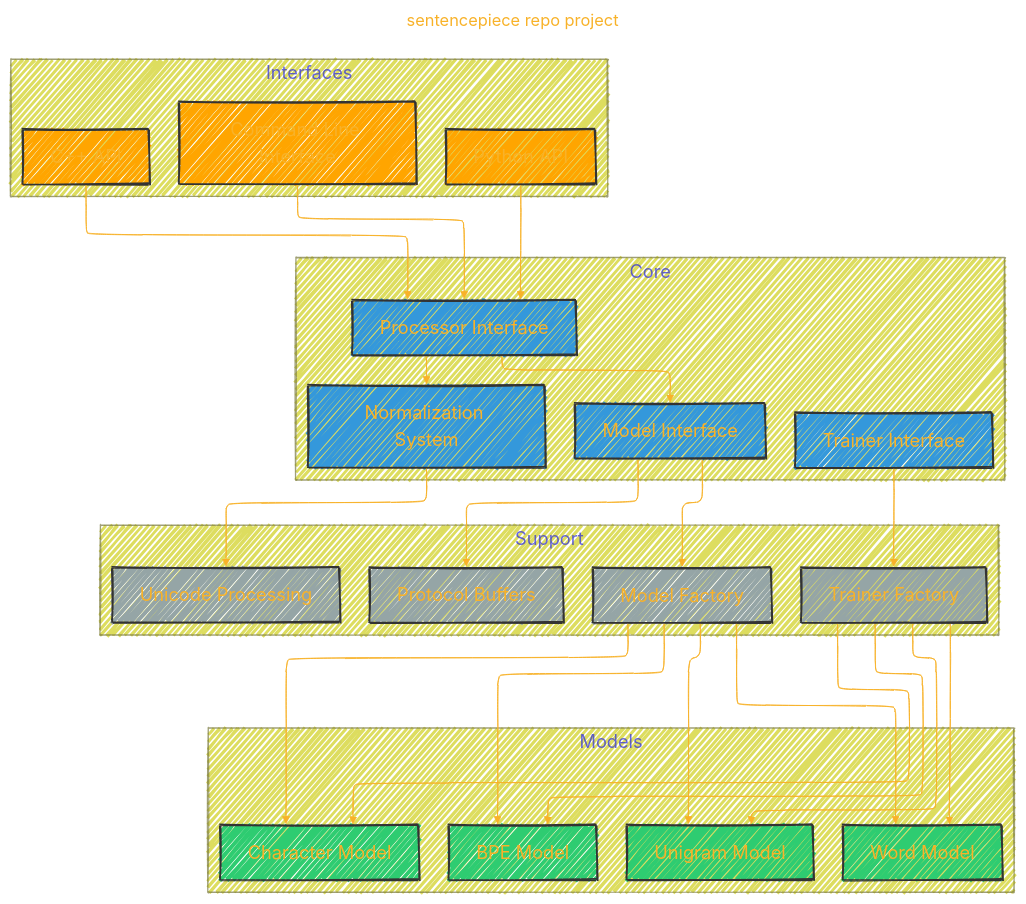
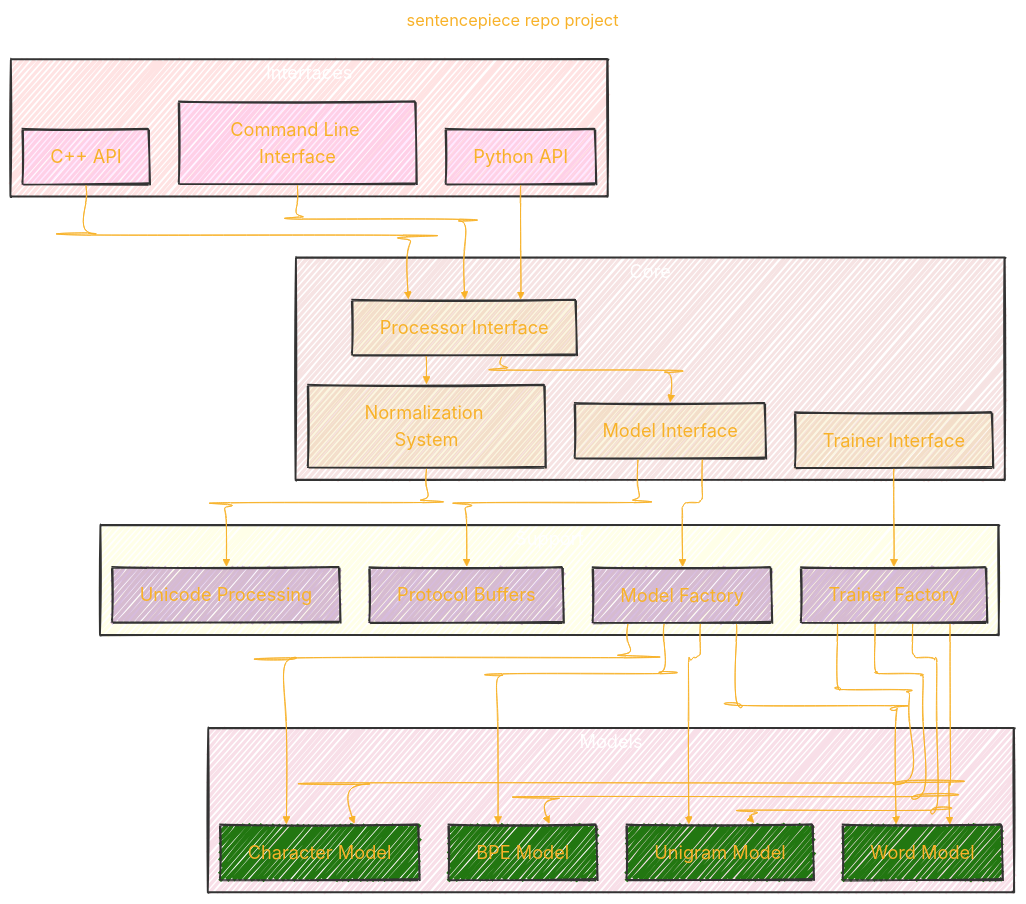
Before and after one commit to CongLeSolutionX/ArchExplorer: the first of 2 diagrams in GOOGLE/sentencepiece.md, drawn with Mermaid.

Commit message:
update notes

```diff
--- a/GOOGLE/sentencepiece.md
+++ b/GOOGLE/sentencepiece.md
@@ -59,7 +59,7 @@
 %% basis, bumpX, bumpY, cardinal, catmullRom, linear, monotoneX, monotoneY, natural, step, stepAfter, stepBefore.
 %%{
   init: {
-    'flowchart': { 'htmlLabels': true, 'curve': 'basis' },
+    'flowchart': { 'htmlLabels': true, 'curve': 'natural' },
     'fontFamily': 'American Typewriter, monospace',
     'logLevel': 'fatal',
     'themeVariables': {
@@ -76,14 +76,16 @@
 }%%
 flowchart TB
     %% External Interfaces Layer
-    subgraph Interfaces
+    subgraph Interfaces["Interfaces"]
+    style Interfaces fill:#F332,stroke:#333,stroke-width:2px, color: #FFFF
         PY["Python API"]:::interface
         CLI["Command Line Interface"]:::interface
         CAPI["C++ API"]:::interface
     end
 
     %% Core Processing Layer
-    subgraph Core
+    subgraph Core["Core"]
+    style Core fill:#B332,stroke:#333,stroke-width:2px, color: #FFFF
         PROC["Processor Interface"]:::core
         NORM["Normalization System"]:::core
         MI["Model Interface"]:::core
@@ -91,7 +93,8 @@
     end
 
     %% Model Types Layer
-    subgraph Models
+    subgraph Models["Models"]
+    style Models fill:#C152,stroke:#333,stroke-width:2px, color: #FFFF
         BPE["BPE Model"]:::model
         UNI["Unigram Model"]:::model
         CHAR["Character Model"]:::model
@@ -99,7 +102,8 @@
     end
 
     %% Supporting Systems
-    subgraph Support
+    subgraph Support["Support"]
+    style Support fill:#FF52,stroke:#333,stroke-width:2px, color: #FFFF
         PROTO["Protocol Buffers"]:::support
         UNICODE["Unicode Processing"]:::support
         MF["Model Factory"]:::support
@@ -131,10 +135,10 @@
     NORM --> UNICODE
 
     %% Styles
-    classDef interface fill:#FFA500,stroke:#333,stroke-width:2px
-    classDef core fill:#3498DB,stroke:#333,stroke-width:2px
-    classDef model fill:#2ECC71,stroke:#333,stroke-width:2px
-    classDef support fill:#95A5A6,stroke:#333,stroke-width:2px
+    classDef interface fill:#F5F2,stroke:#333,stroke-width:2px
+    classDef core fill:#DB22,stroke:#333,stroke-width:2px
+    classDef model fill:#271,stroke:#333,stroke-width:2px
+    classDef support fill:#95A6,stroke:#333,stroke-width:2px
 
     %% Click Events
     click PROC "https://github.com/google/sentencepiece/blob/master/src/sentencepiece_processor.h"
```
